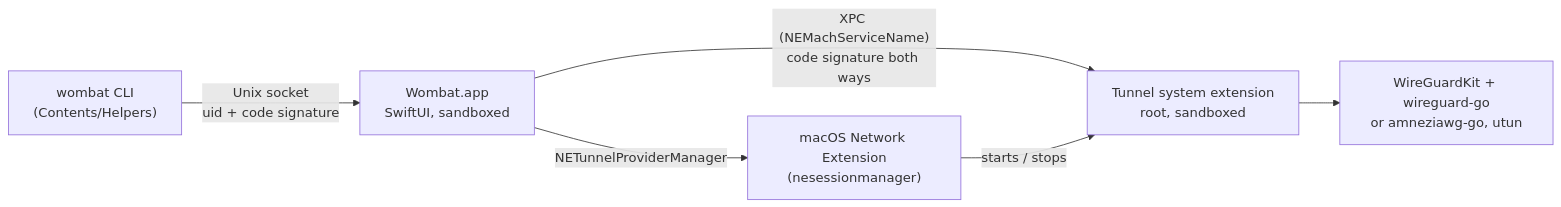
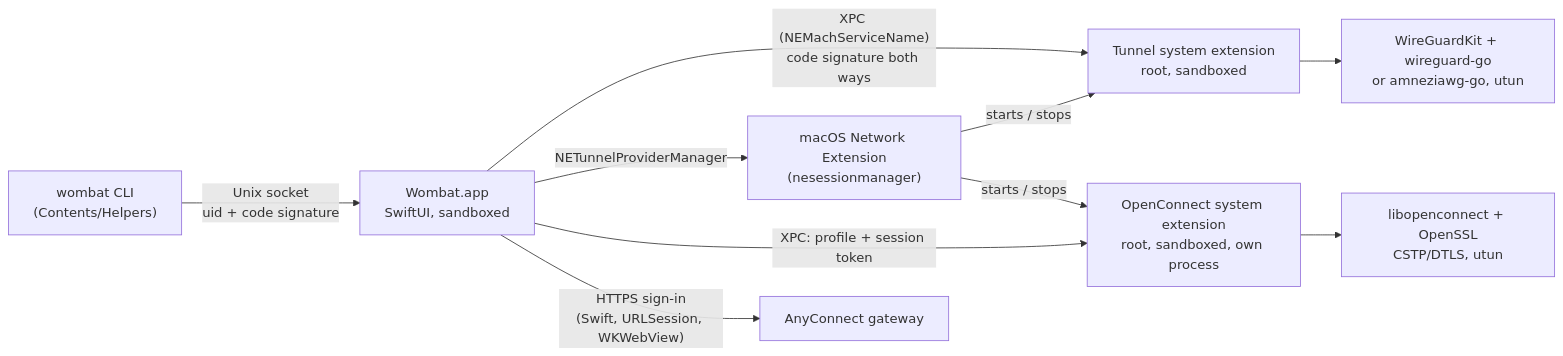
Before and after one commit to ventz/wombat-vpn: the diagram in docs/ARCHITECTURE.md, drawn with Mermaid. The commit also changed other lines of this file and 91 other files, not shown here.

````diff
--- a/docs/ARCHITECTURE.md
+++ b/docs/ARCHITECTURE.md
@@ -17,8 +18,12 @@
 ```mermaid
 flowchart LR
     CLI["wombat CLI<br/>(Contents/Helpers)"] -- "Unix socket<br/>uid + code signature" --> App
     App["Wombat.app<br/>SwiftUI, sandboxed"] -- "XPC (NEMachServiceName)<br/>code signature both ways" --> Ext
     App -- "NETunnelProviderManager" --> NE["macOS Network Extension<br/>(nesessionmanager)"]
     NE -- "starts / stops" --> Ext["Tunnel system extension<br/>root, sandboxed"]
     Ext --> Engine["WireGuardKit + wireguard-go<br/>or amneziawg-go, utun"]
+    App -- "XPC: profile + session token" --> OCExt["OpenConnect system extension<br/>root, sandboxed, own process"]
+    NE -- "starts / stops" --> OCExt
+    OCExt --> OCEngine["libopenconnect + OpenSSL<br/>CSTP/DTLS, utun"]
+    App -- "HTTPS sign-in<br/>(Swift, URLSession, WKWebView)" --> GW["AnyConnect gateway"]
 ```
````
